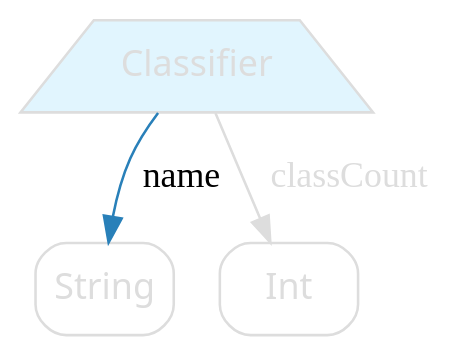
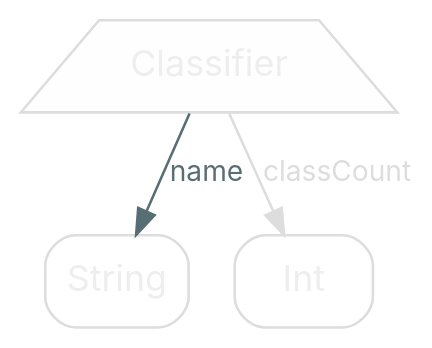
Before and after one commit to nrinaudo/optics-from-the-ground-up: the diagram in src/graphviz/classifier-2.dot, drawn with Graphviz. The commit also changed 67 other files, not shown here.

```diff
--- a/src/graphviz/classifier-2.dot
+++ b/src/graphviz/classifier-2.dot
@@ -1,17 +1,17 @@
 digraph {
     bgcolor=transparent
 
     // Default theme
-    node[shape="rectangle" style="rounded,filled" color="#dddddd" fontname="Segoe UI,Roboto,Helvetica,Arial,sans-serif" fillcolor="#ffffff" fontcolor="#dddddd"]
-    edge [color="#dddddd" fontcolor="#dddddd"]
+    node[shape="rectangle" style="rounded,filled" color="#586E75" fillcolor="#ffffff" fontcolor="#586E75" fontname="Inter,Arial"]
+    edge[color="#586E75" fontcolor="#586E75" fontname="Inter,Arial" fontsize=11]
 
     // product types
-    classifier [shape=trapezium style=filled fillcolor="#e1f5fe"]
+    classifier[shape=trapezium style=filled fillcolor="#FEFEFE"]
 
-    classifier[label=Classifier]
-    classifier_name[label=String shape=box]
-    classifier_classCount[label=Int shape=box]
+    classifier[label=Classifier color="#dddddd" fontcolor="#eeeeee"]
+    classifier_name[label=String shape=box color="#dddddd" fontcolor="#eeeeee"]
+    classifier_classCount[label=Int shape=box color="#dddddd" fontcolor="#eeeeee"]
 
-    classifier -> classifier_name [label=name color="#2980B9" fontcolor="#000000"]
-    classifier -> classifier_classCount [label=classCount]
+    classifier -> classifier_name[label=name]
+    classifier -> classifier_classCount[label=classCount color="#dddddd" fontcolor="#dddddd"]
 }
```
